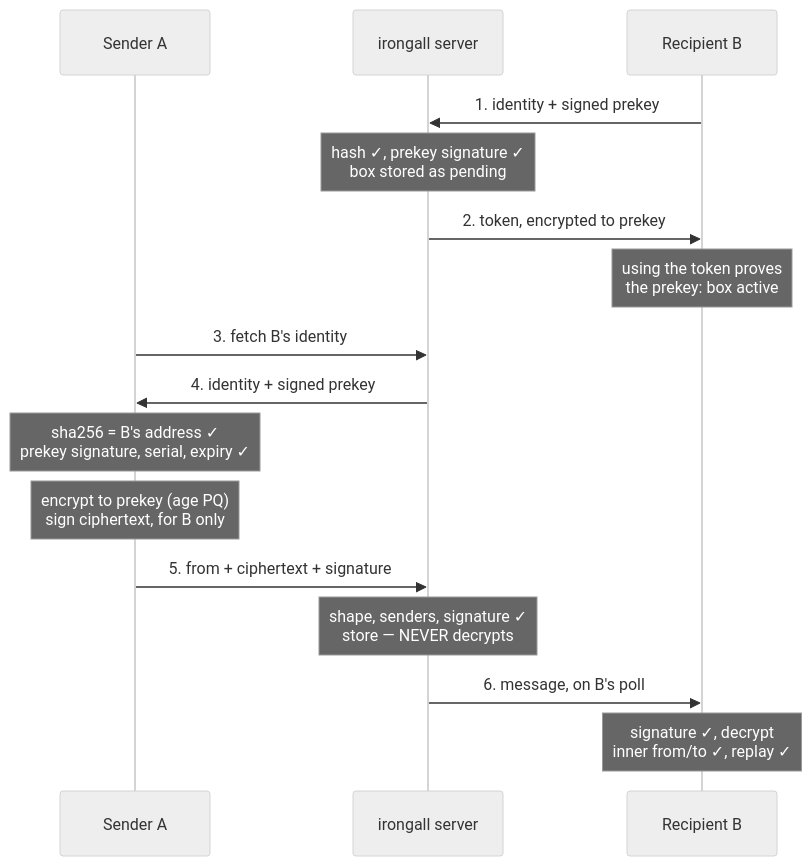
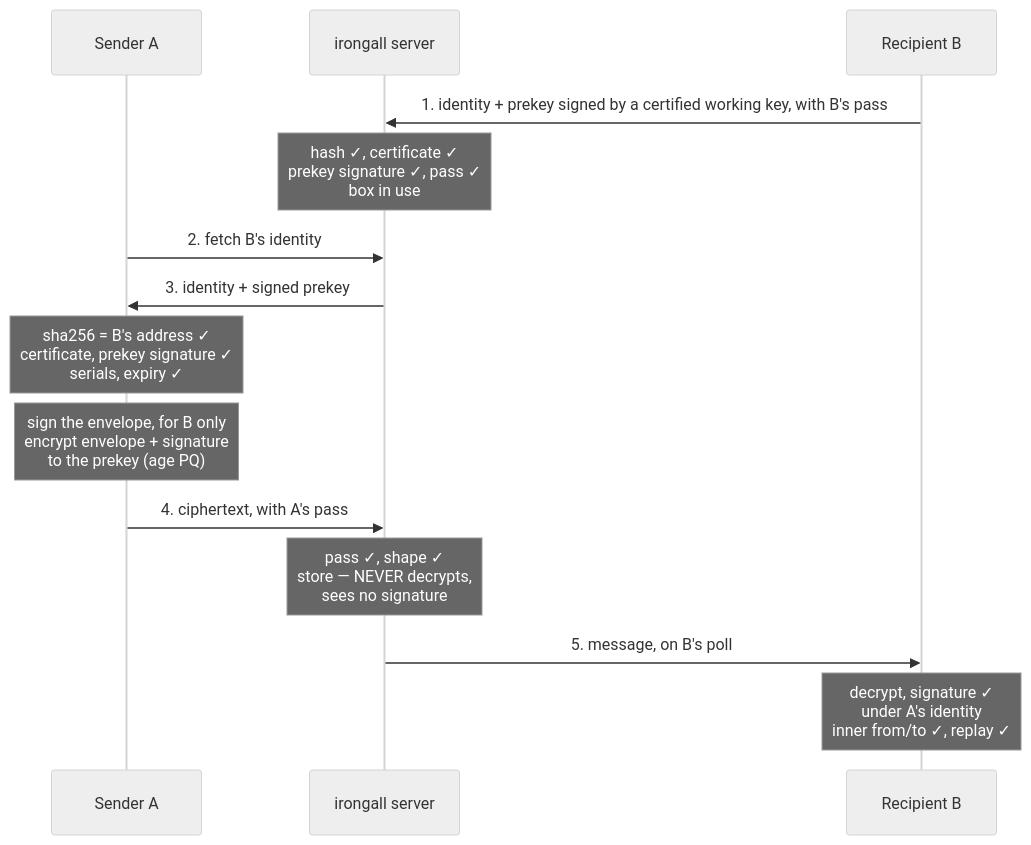
The diagram in CRYPTO-ANALYSIS.md (IronGall-dev/irongall-server), drawn with Mermaid (neutral theme) before and after one commit. The commit also changed other lines of this file and 29 other files, not shown here.

````diff
--- a/CRYPTO-ANALYSIS.md
+++ b/CRYPTO-ANALYSIS.md
@@ -37,18 +37,16 @@
 ```mermaid
 sequenceDiagram
     participant A as Sender A
     participant S as irongall server
     participant B as Recipient B
-    B->>S: 1. identity + signed prekey
-    Note over S: hash ✓, prekey signature ✓<br/>box stored as pending
-    S->>B: 2. token, encrypted to prekey
-    Note over B: using the token proves<br/>the prekey: box active
-    A->>S: 3. fetch B's identity
-    S->>A: 4. identity + signed prekey
-    Note over A: sha256 = B's address ✓<br/>prekey signature, serial, expiry ✓
-    Note over A: encrypt to prekey (age PQ)<br/>sign ciphertext, for B only
-    A->>S: 5. from + ciphertext + signature
-    Note over S: shape, senders, signature ✓<br/>store — NEVER decrypts
-    S->>B: 6. message, on B's poll
-    Note over B: signature ✓, decrypt<br/>inner from/to ✓, replay ✓
+    B->>S: 1. identity + prekey signed by a certified working key, with B's pass
+    Note over S: hash ✓, certificate ✓<br/>prekey signature ✓, pass ✓<br/>box in use
+    A->>S: 2. fetch B's identity
+    S->>A: 3. identity + signed prekey
+    Note over A: sha256 = B's address ✓<br/>certificate, prekey signature ✓<br/>serials, expiry ✓
+    Note over A: sign the envelope, for B only<br/>encrypt envelope + signature<br/>to the prekey (age PQ)
+    A->>S: 4. ciphertext, with A's pass
+    Note over S: pass ✓, shape ✓<br/>store — NEVER decrypts,<br/>sees no signature
+    S->>B: 5. message, on B's poll
+    Note over B: decrypt, signature ✓<br/>under A's identity<br/>inner from/to ✓, replay ✓
 ```
````
